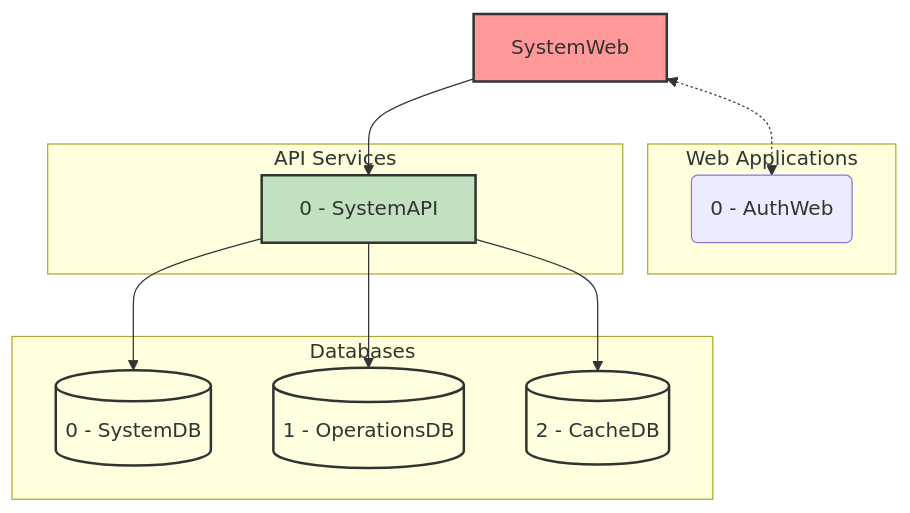
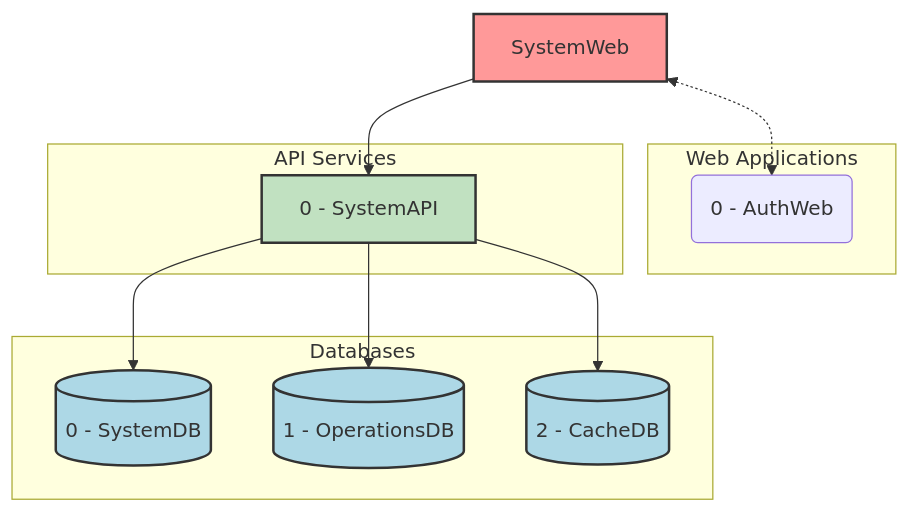
Before and after one commit to AstroBookings/.github: the first of 2 diagrams in profile/1-analysis/5_5-astrobookings-data-synchronization-domain.md, drawn with Mermaid.

````diff
--- a/profile/1-analysis/5_5-astrobookings-data-synchronization-domain.md
+++ b/profile/1-analysis/5_5-astrobookings-data-synchronization-domain.md
@@ -44,35 +44,36 @@
 ```mermaid
 graph TD
     subgraph Web Applications
         AuthWeb(0 - AuthWeb)
     end
 
     subgraph API Services
         SystemAPI[0 - SystemAPI]
     end
 
     subgraph Databases
         SystemDB[(0 - SystemDB)]
         OperationsDB[(1 - OperationsDB)]
         CacheDB[(2 - CacheDB)]
     end
 
     %% Web to Web connections
     SystemWeb <-.-> AuthWeb
 
     %% Web to API connections
     SystemWeb --> SystemAPI
 
     %% API to Database connections
     SystemAPI --> OperationsDB
     SystemAPI --> SystemDB
     SystemAPI --> CacheDB
 
     %% Style
     classDef web fill:#FF9999,stroke:#333,stroke-width:2px;
     classDef api fill:#C1E1C1,stroke:#333,stroke-width:2px;
-    classDef db fill:#FFFFE0,stroke:#333,stroke-width:2px;
+    classDef db fill:#ADD8E6,stroke:#333,stroke-width:2px;
+    classDef ext fill:#E6E6FA,stroke:#333,stroke-width:2px;
     class SystemWeb web;
     class SystemAPI api;
     class OperationsDB,SystemDB,CacheDB db;
 ```
````
